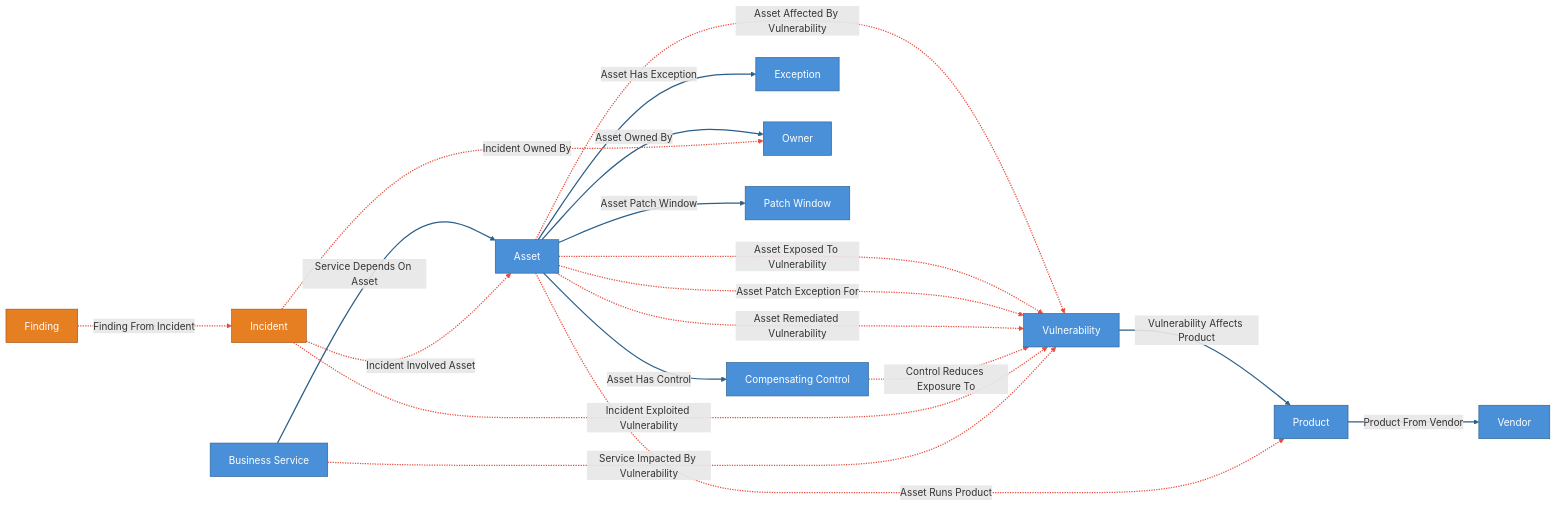
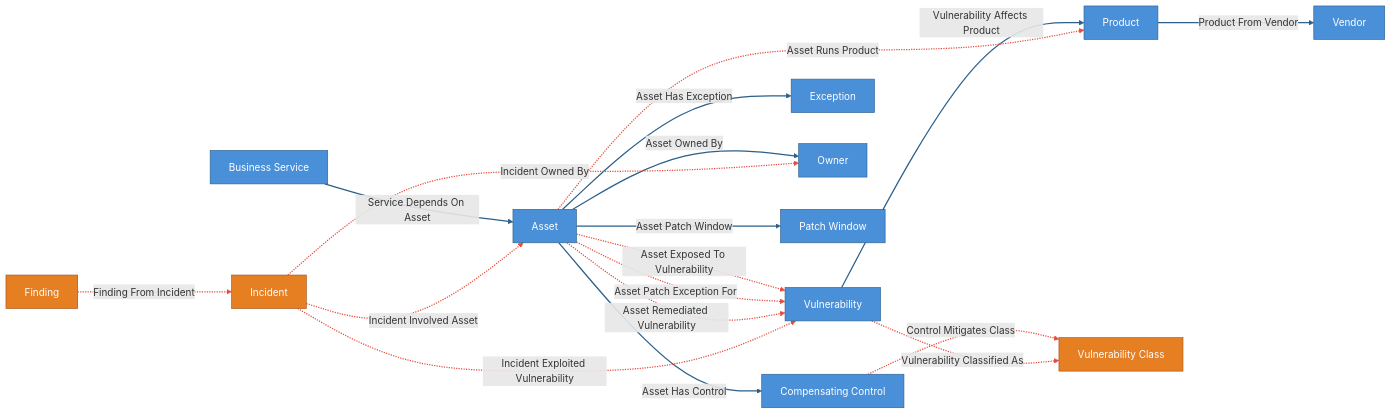
Before and after one commit to cruxible-ai/cruxible: the first of 3 diagrams in kits/kev-triage/README.md, drawn with Mermaid. The commit also changed other lines of this file and 12 other files, not shown here.

First line of the commit message:
Consolidate KEV triage into asset_exposed_to_vulnerability

````diff
--- a/kits/kev-triage/README.md
+++ b/kits/kev-triage/README.md
@@ -40,43 +40,43 @@
 ```mermaid
 flowchart LR
   classDef canonicalEntity fill:#4a90d9,stroke:#2c5f8a,color:#fff
   classDef governedEntity fill:#e67e22,stroke:#a0521c,color:#fff
 
   entity_Asset["Asset"]
   entity_BusinessService["Business Service"]
   entity_CompensatingControl["Compensating Control"]
   entity_Exception["Exception"]
   entity_Finding["Finding"]
   entity_Incident["Incident"]
   entity_Owner["Owner"]
   entity_PatchWindow["Patch Window"]
   entity_Product["Product"]
   entity_Vendor["Vendor"]
   entity_Vulnerability["Vulnerability"]
+  entity_VulnerabilityClass["Vulnerability Class"]
   class entity_Asset,entity_BusinessService,entity_CompensatingControl,entity_Exception,entity_Owner,entity_PatchWindow,entity_Product,entity_Vendor,entity_Vulnerability canonicalEntity
-  class entity_Finding,entity_Incident governedEntity
+  class entity_Finding,entity_Incident,entity_VulnerabilityClass governedEntity
 
   %% Deterministic canonical relationships
   entity_Asset -- "Asset Has Control" --> entity_CompensatingControl
   entity_Asset -- "Asset Has Exception" --> entity_Exception
   entity_Asset -- "Asset Owned By" --> entity_Owner
   entity_Asset -- "Asset Patch Window" --> entity_PatchWindow
   entity_Product -- "Product From Vendor" --> entity_Vendor
   entity_BusinessService -- "Service Depends On Asset" --> entity_Asset
   entity_Vulnerability -- "Vulnerability Affects Product" --> entity_Product
 
   %% Governed proposal/review relationships
-  entity_Asset -. "Asset Affected By Vulnerability" .-> entity_Vulnerability
   entity_Asset -. "Asset Exposed To Vulnerability" .-> entity_Vulnerability
   entity_Asset -. "Asset Patch Exception For" .-> entity_Vulnerability
   entity_Asset -. "Asset Remediated Vulnerability" .-> entity_Vulnerability
   entity_Asset -. "Asset Runs Product" .-> entity_Product
-  entity_CompensatingControl -. "Control Reduces Exposure To" .-> entity_Vulnerability
+  entity_CompensatingControl -. "Control Mitigates Class" .-> entity_VulnerabilityClass
   entity_Finding -. "Finding From Incident" .-> entity_Incident
   entity_Incident -. "Incident Exploited Vulnerability" .-> entity_Vulnerability
   entity_Incident -. "Incident Involved Asset" .-> entity_Asset
   entity_Incident -. "Incident Owned By" .-> entity_Owner
-  entity_BusinessService -. "Service Impacted By Vulnerability" .-> entity_Vulnerability
+  entity_Vulnerability -. "Vulnerability Classified As" .-> entity_VulnerabilityClass
   linkStyle 0,1,2,3,4,5,6 stroke:#2c5f8a,stroke-width:2px
-  linkStyle 7,8,9,10,11,12,13,14,15,16,17 stroke:#e74c3c,stroke-width:2px
+  linkStyle 7,8,9,10,11,12,13,14,15,16 stroke:#e74c3c,stroke-width:2px
 ```
````
